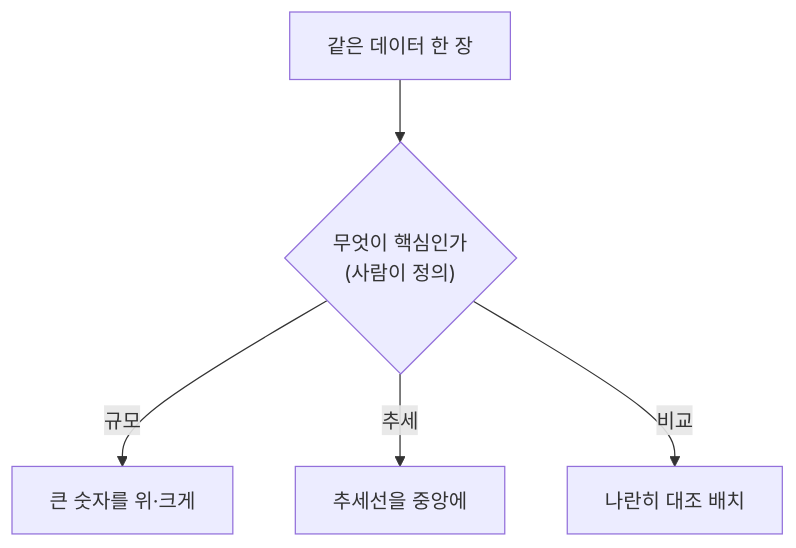
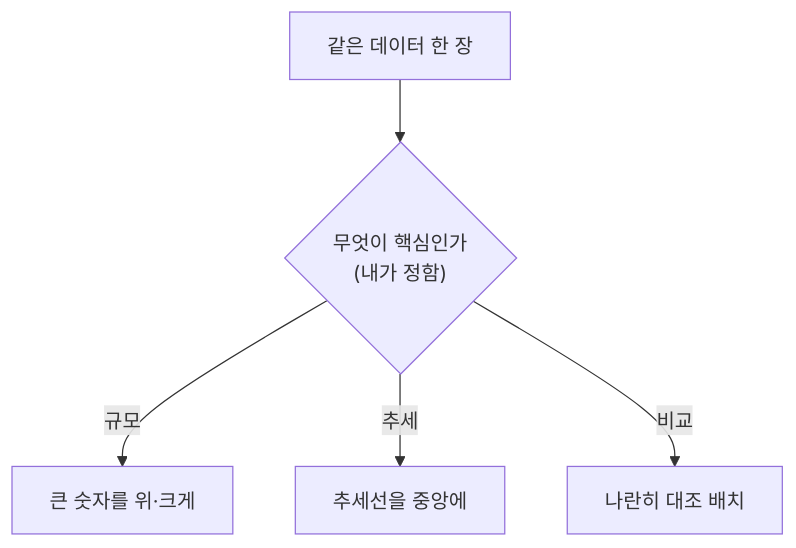
Before and after one commit to millim1983/millim1983.github.io: the diagram in _posts/2026-06-26-defining-03-layout-is-judgment.md, drawn with Mermaid. The commit also changed other lines of this file and 3 other files, not shown here.

````diff
--- a/_posts/2026-06-26-defining-03-layout-is-judgment.md
+++ b/_posts/2026-06-26-defining-03-layout-is-judgment.md
@@ -27,7 +25,7 @@
 ```mermaid
 flowchart TB
-  D["같은 데이터 한 장"] --> Q{"무엇이 핵심인가<br/>(사람이 정의)"}
+  D["같은 데이터 한 장"] --> Q{"무엇이 핵심인가<br/>(내가 정함)"}
   Q -->|"규모"| L1["큰 숫자를 위·크게"]
   Q -->|"추세"| L2["추세선을 중앙에"]
   Q -->|"비교"| L3["나란히 대조 배치"]
 ```
````
